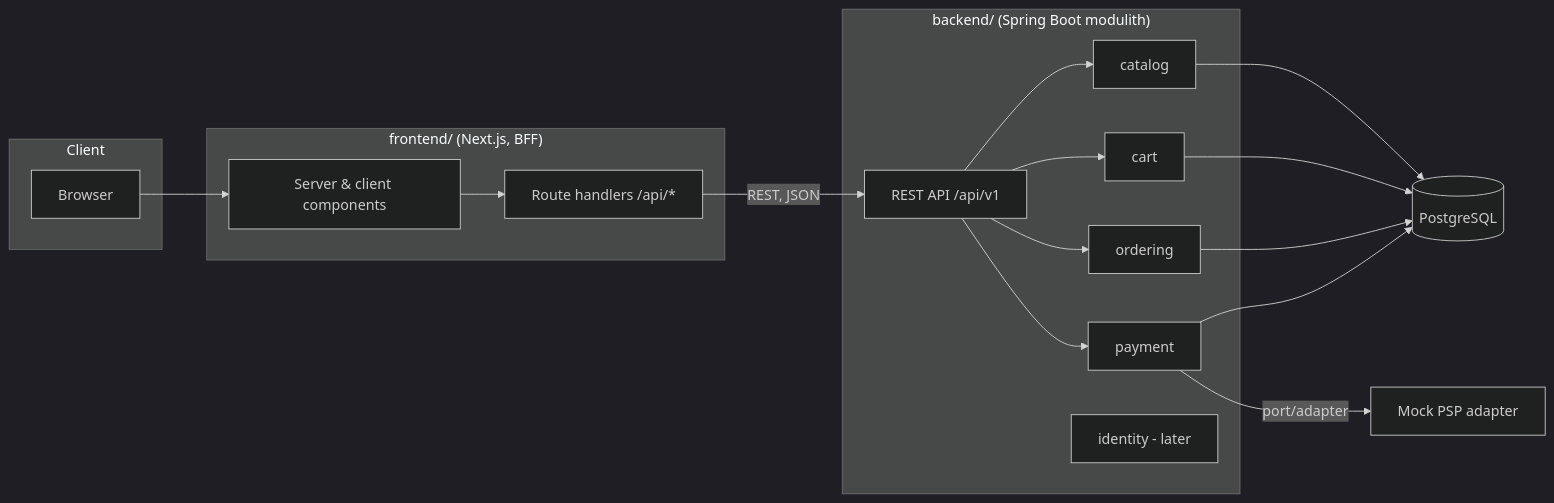
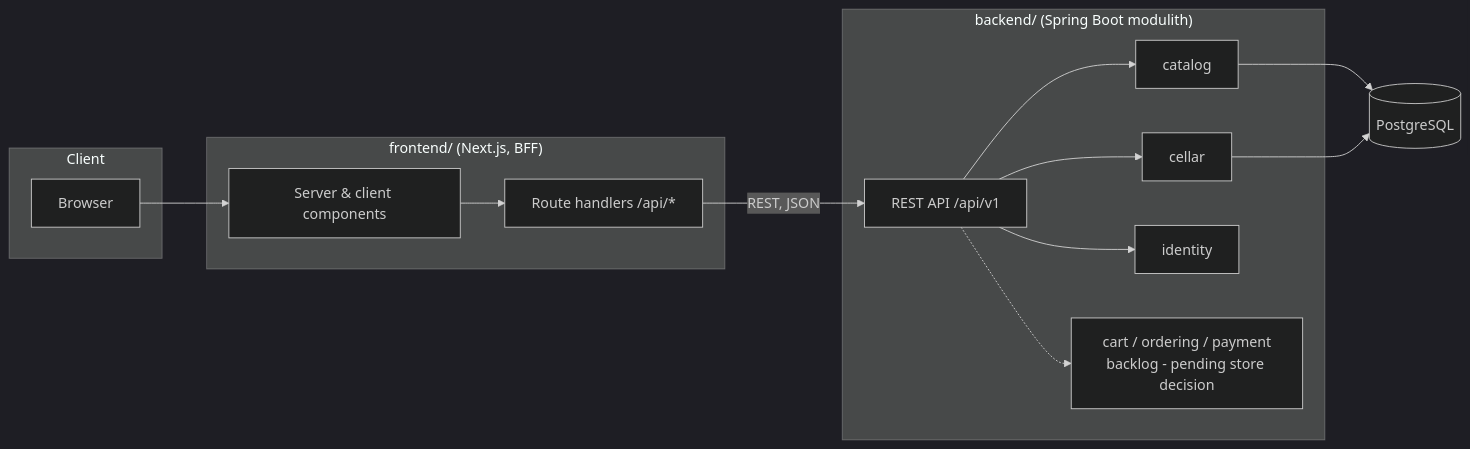
Before and after one commit to MiguelSombrero/kalia: the diagram in docs/architecture.md, drawn with Mermaid (dark theme). The commit also changed other lines of this file and 7 other files, not shown here.

First line of the commit message:
Sync docs with clarified vision: cellar first, store flow to backlog

````diff
--- a/docs/architecture.md
+++ b/docs/architecture.md
@@ -37,24 +44,23 @@
 ```mermaid
 flowchart LR
     subgraph Client
         Browser
     end
     subgraph Frontend["frontend/ (Next.js, BFF)"]
         UI[Server & client components]
         RH[Route handlers /api/*]
     end
     subgraph Backend["backend/ (Spring Boot modulith)"]
         API[REST API /api/v1]
         CAT[catalog]
-        CART[cart]
-        ORD[ordering]
-        PAY[payment]
-        IDN[identity - later]
+        CEL[cellar]
+        IDN[identity]
+        STORE[cart / ordering / payment<br/>backlog - pending store decision]
     end
     Browser --> UI
     UI --> RH
     RH -->|REST, JSON| API
-    API --> CAT & CART & ORD & PAY
-    CAT & CART & ORD & PAY --> PG[(PostgreSQL)]
-    PAY -->|port/adapter| MOCK[Mock PSP adapter]
+    API --> CAT & CEL & IDN
+    API -.-> STORE
+    CAT & CEL --> PG[(PostgreSQL)]
 ```
````
